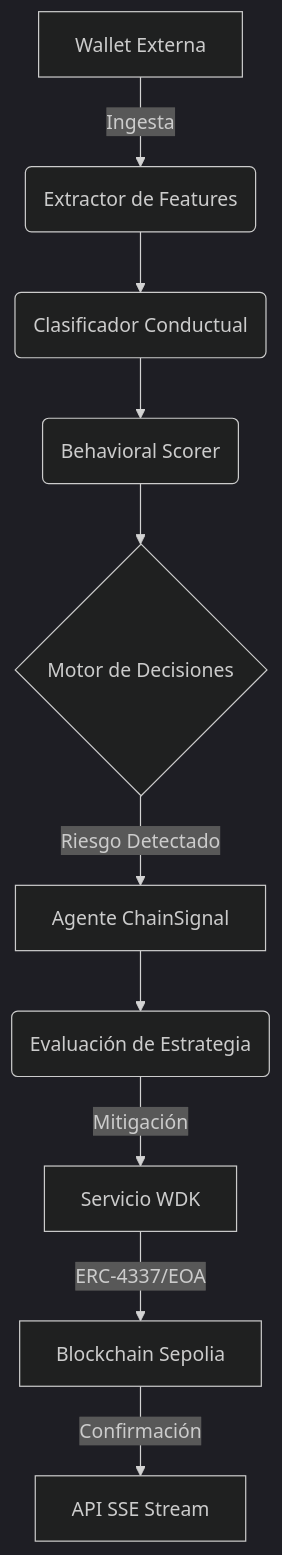
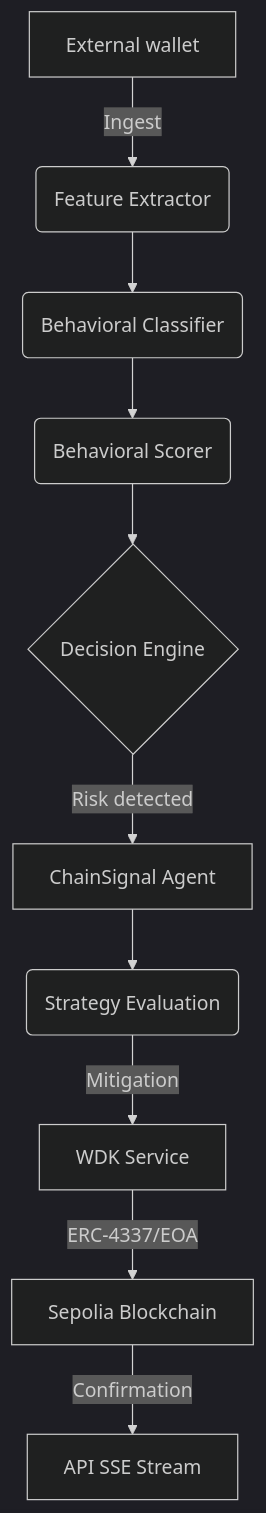
Before and after one commit to JuliaGastellu/ChainSignal-project: the first of 2 diagrams in ARCHITECTURE.md, drawn with Mermaid (dark theme). The commit also changed other lines of this file and 11 other files, not shown here.

````diff
--- a/ARCHITECTURE.md
+++ b/ARCHITECTURE.md
@@ -39,12 +39,12 @@
 ```mermaid
 graph TD
-    A[Wallet Externa] -->|Ingesta| B(Extractor de Features)
-    B --> C(Clasificador Conductual)
+    A[External wallet] -->|Ingest| B(Feature Extractor)
+    B --> C(Behavioral Classifier)
     C --> D(Behavioral Scorer)
-    D --> E{Motor de Decisiones}
-    E -->|Riesgo Detectado| F[Agente ChainSignal]
-    F --> G(Evaluación de Estrategia)
-    G -->|Mitigación| H[Servicio WDK]
-    H -->|ERC-4337/EOA| I[Blockchain Sepolia]
-    I -->|Confirmación| J[API SSE Stream]
+    D --> E{Decision Engine}
+    E -->|Risk detected| F[ChainSignal Agent]
+    F --> G(Strategy Evaluation)
+    G -->|Mitigation| H[WDK Service]
+    H -->|ERC-4337/EOA| I[Sepolia Blockchain]
+    I -->|Confirmation| J[API SSE Stream]
 ```
````
